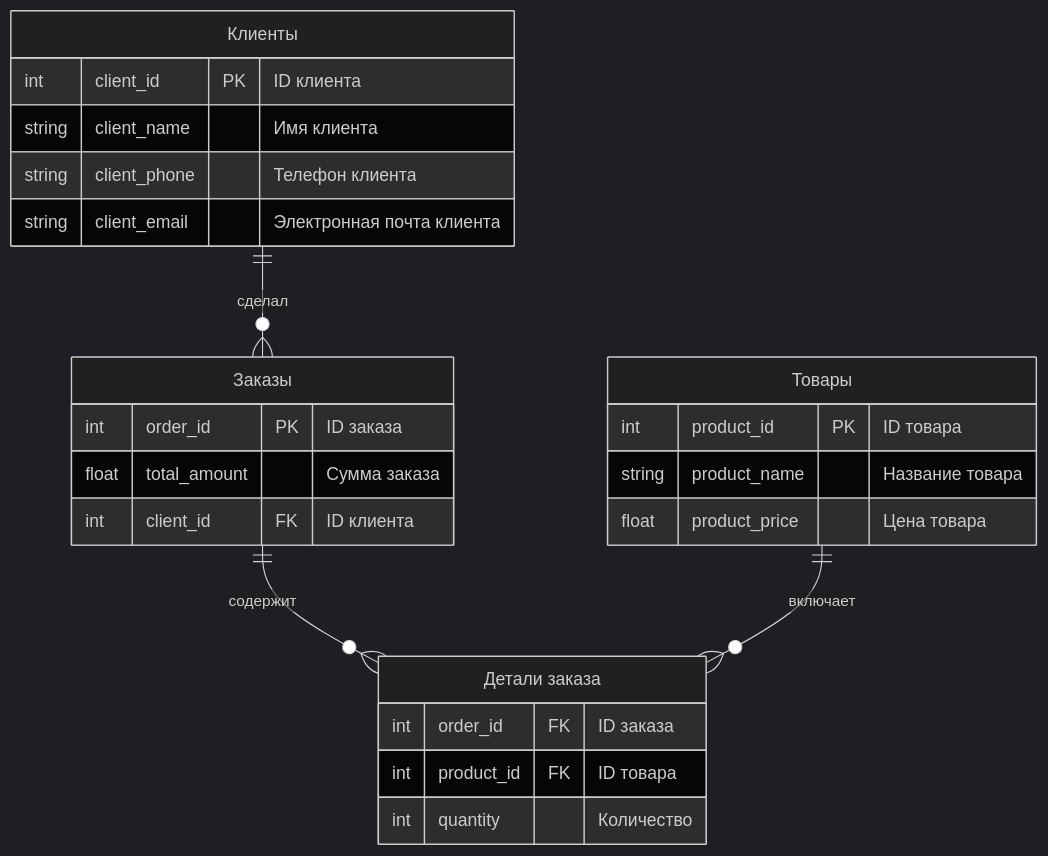
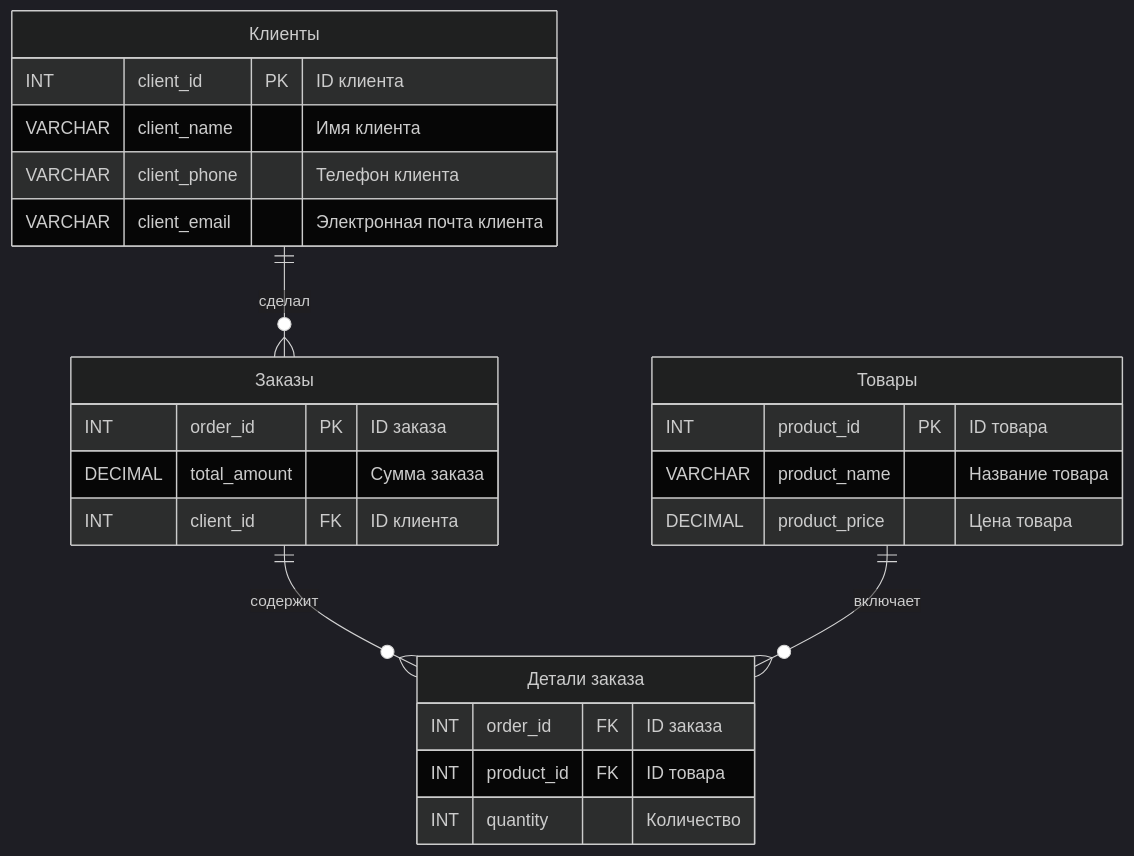
The second of 5 diagrams in disciplines/it03/lectures/02_lecture.md (vshp-online/it.vshp.online), drawn with Mermaid (dark theme) before and after one commit. The commit also changed other lines of this file, not shown here.

````diff
--- a/disciplines/it03/lectures/02_lecture.md
+++ b/disciplines/it03/lectures/02_lecture.md
@@ -274,28 +274,28 @@
 ```mermaid
 erDiagram
     Clients["Клиенты"] {
-        int client_id PK "ID клиента"
-        string client_name "Имя клиента"
-        string client_phone "Телефон клиента"
-        string client_email "Электронная почта клиента"
+        INT client_id PK "ID клиента"
+        VARCHAR client_name "Имя клиента"
+        VARCHAR client_phone "Телефон клиента"
+        VARCHAR client_email "Электронная почта клиента"
     }
     Orders["Заказы"] {
-        int order_id PK "ID заказа"
-        float total_amount "Сумма заказа"
-        int client_id FK "ID клиента"
+        INT order_id PK "ID заказа"
+        DECIMAL total_amount "Сумма заказа"
+        INT client_id FK "ID клиента"
     }
     Products["Товары"] {
-        int product_id PK "ID товара"
-        string product_name "Название товара"
-        float product_price "Цена товара"
+        INT product_id PK "ID товара"
+        VARCHAR product_name "Название товара"
+        DECIMAL product_price "Цена товара"
     }
     OrderDetails["Детали заказа"] {
-        int order_id FK "ID заказа"
-        int product_id FK "ID товара"
-        int quantity "Количество"
+        INT order_id FK "ID заказа"
+        INT product_id FK "ID товара"
+        INT quantity "Количество"
     }
 
     Clients ||--o{ Orders : "сделал"
     Orders ||--o{ OrderDetails : "содержит"
     Products ||--o{ OrderDetails : "включает"
 ```
````
